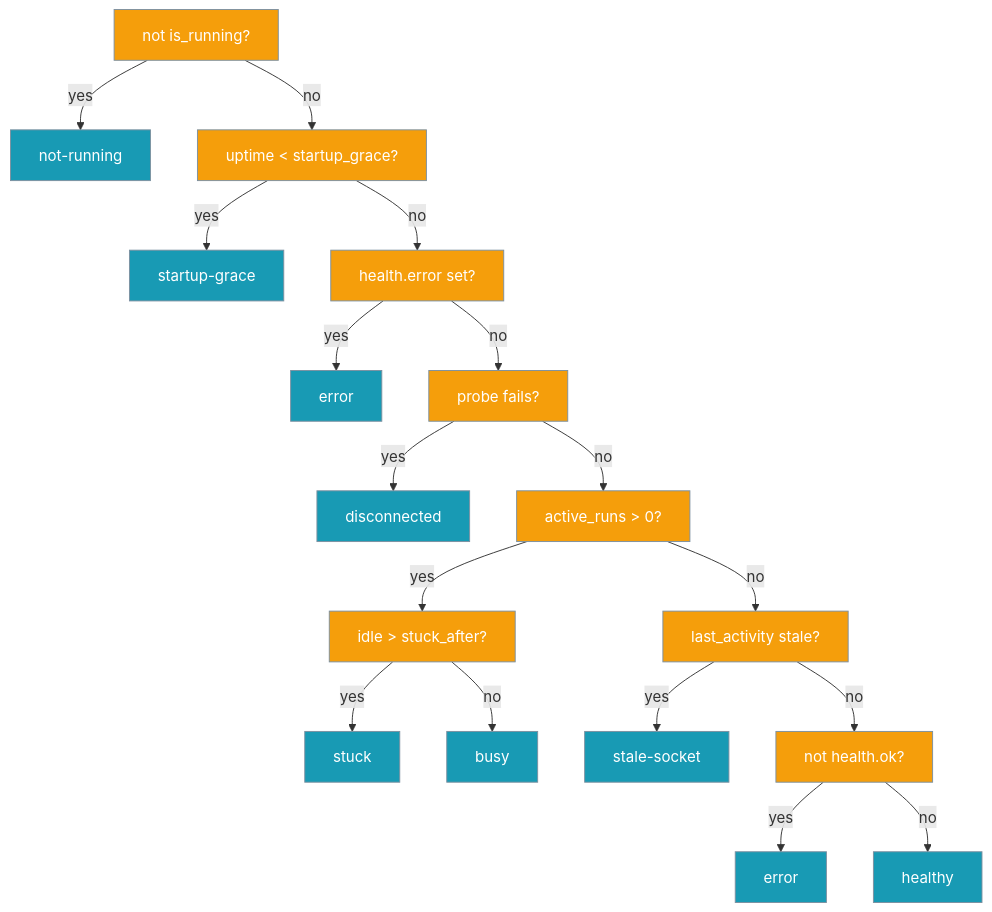
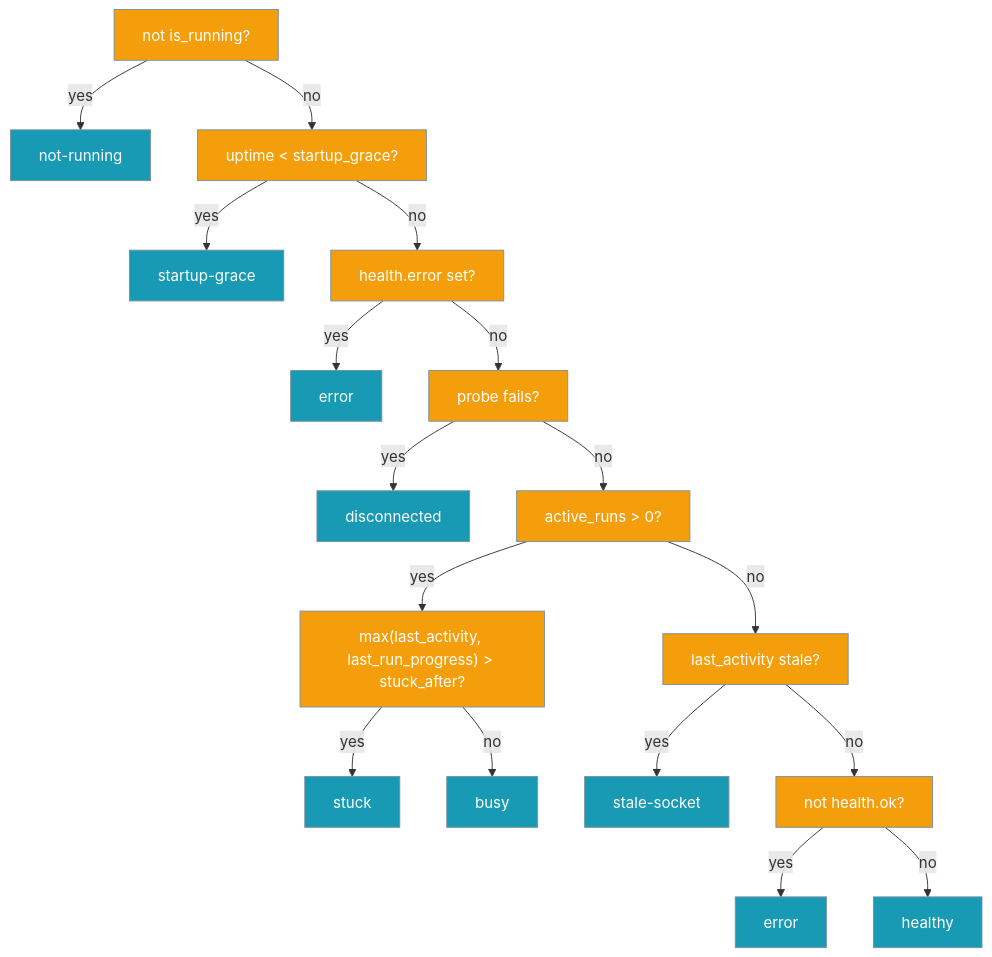
Before and after one commit to MervinPraison/PraisonAIDocs: the fourth of 5 diagrams in docs/features/gateway-channel-supervision.mdx, drawn with Mermaid. The commit also changed other lines of this file and 3 other files, not shown here.

First line of the commit message:
docs: surface --agent/--thinking, post-edit formatter, in-run progress signal (fixes #1068)

````diff
--- a/docs/features/gateway-channel-supervision.mdx
+++ b/docs/features/gateway-channel-supervision.mdx
@@ -227,24 +227,24 @@
 ```mermaid
 graph TB
     A[not is_running?] -->|yes| NR[not-running]
     A -->|no| B[uptime < startup_grace?]
     B -->|yes| SG[startup-grace]
     B -->|no| C[health.error set?]
     C -->|yes| E[error]
     C -->|no| D[probe fails?]
     D -->|yes| DC[disconnected]
     D -->|no| R[active_runs > 0?]
-    R -->|yes| RS[idle > stuck_after?]
+    R -->|yes| RS["max(last_activity, last_run_progress) > stuck_after?"]
     RS -->|yes| ST[stuck]
     RS -->|no| BS[busy]
     R -->|no| F[last_activity stale?]
     F -->|yes| SS[stale-socket]
     F -->|no| G[not health.ok?]
     G -->|yes| E2[error]
     G -->|no| H[healthy]
 
     classDef check fill:#F59E0B,stroke:#7C90A0,color:#fff
     classDef result fill:#189AB4,stroke:#7C90A0,color:#fff
     class A,B,C,D,F,G,R,RS check
     class NR,SG,E,DC,SS,E2,H,ST,BS result
 ```
````
